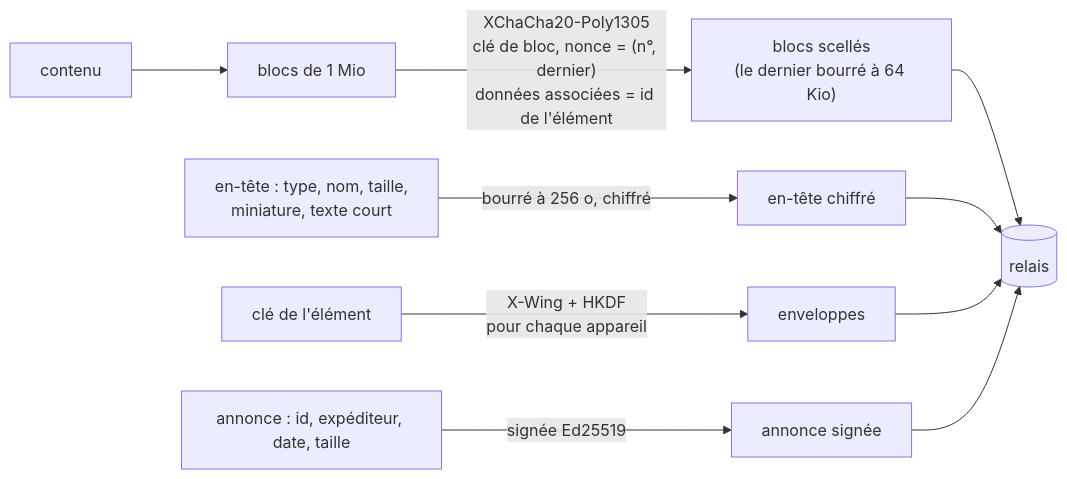
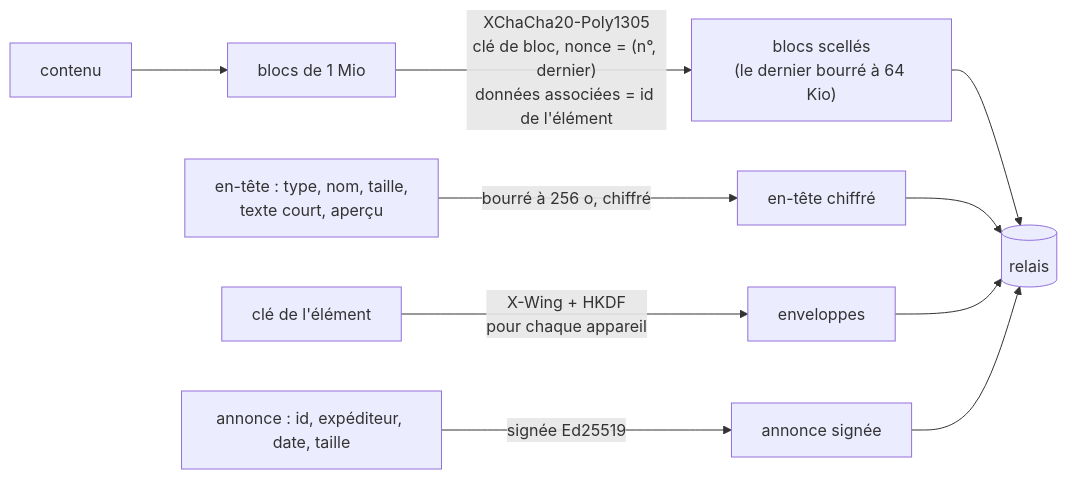
Before and after one commit to dorianbayart/entre-nous: the second of 2 diagrams in docs/securite.md, drawn with Mermaid. The commit also changed other lines of this file and 8 other files, not shown here.

````diff
--- a/docs/securite.md
+++ b/docs/securite.md
@@ -84,9 +84,9 @@
 ```mermaid
 flowchart LR
   Contenu["contenu"] --> Blocs["blocs de 1 Mio"]
   Blocs -->|"XChaCha20-Poly1305<br/>clé de bloc, nonce = (n°, dernier)<br/>données associées = id de l'élément"| Scelles["blocs scellés<br/>(le dernier bourré à 64 Kio)"]
-  Entete["en-tête : type, nom, taille,<br/>miniature, texte court"] -->|"bourré à 256 o, chiffré"| EnteteC["en-tête chiffré"]
+  Entete["en-tête : type, nom, taille,<br/>texte court, aperçu"] -->|"bourré à 256 o, chiffré"| EnteteC["en-tête chiffré"]
   Cle["clé de l'élément"] -->|"X-Wing + HKDF<br/>pour chaque appareil"| Env["enveloppes"]
   Meta["annonce : id, expéditeur, date, taille"] -->|"signée Ed25519"| Ann["annonce signée"]
   Scelles & EnteteC & Env & Ann --> Relais[("relais")]
 ```
````
